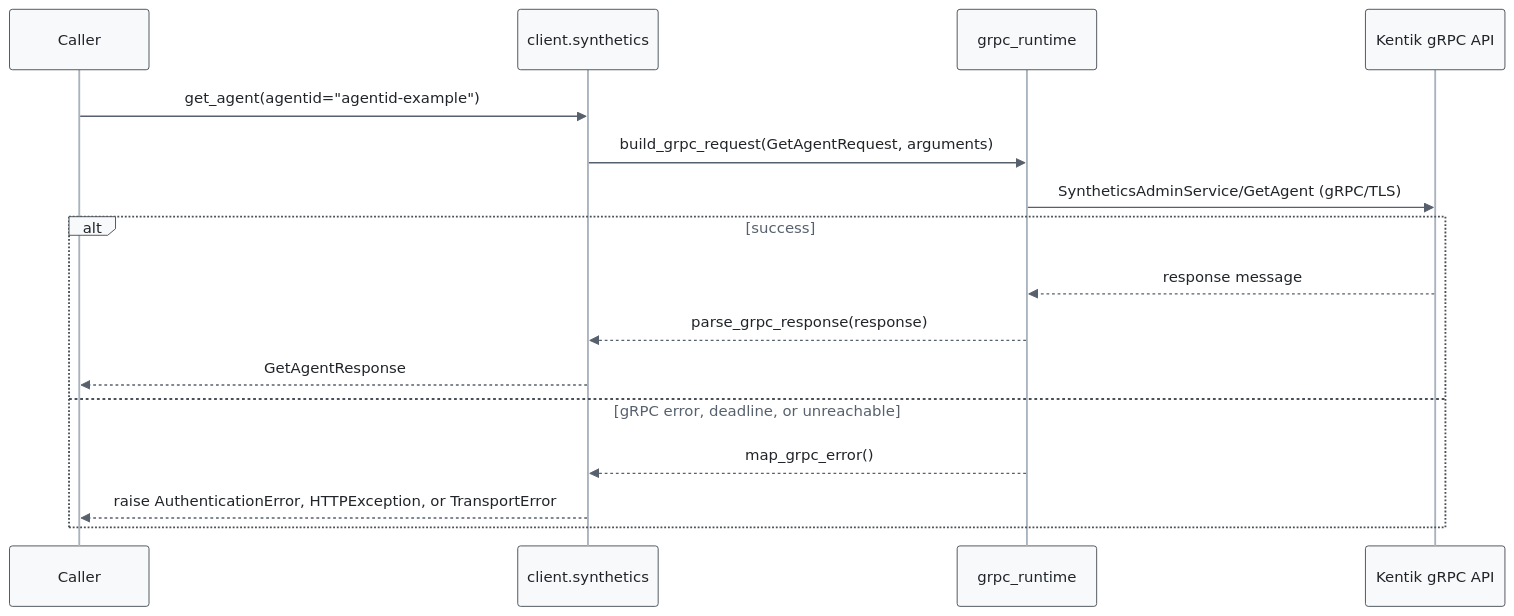
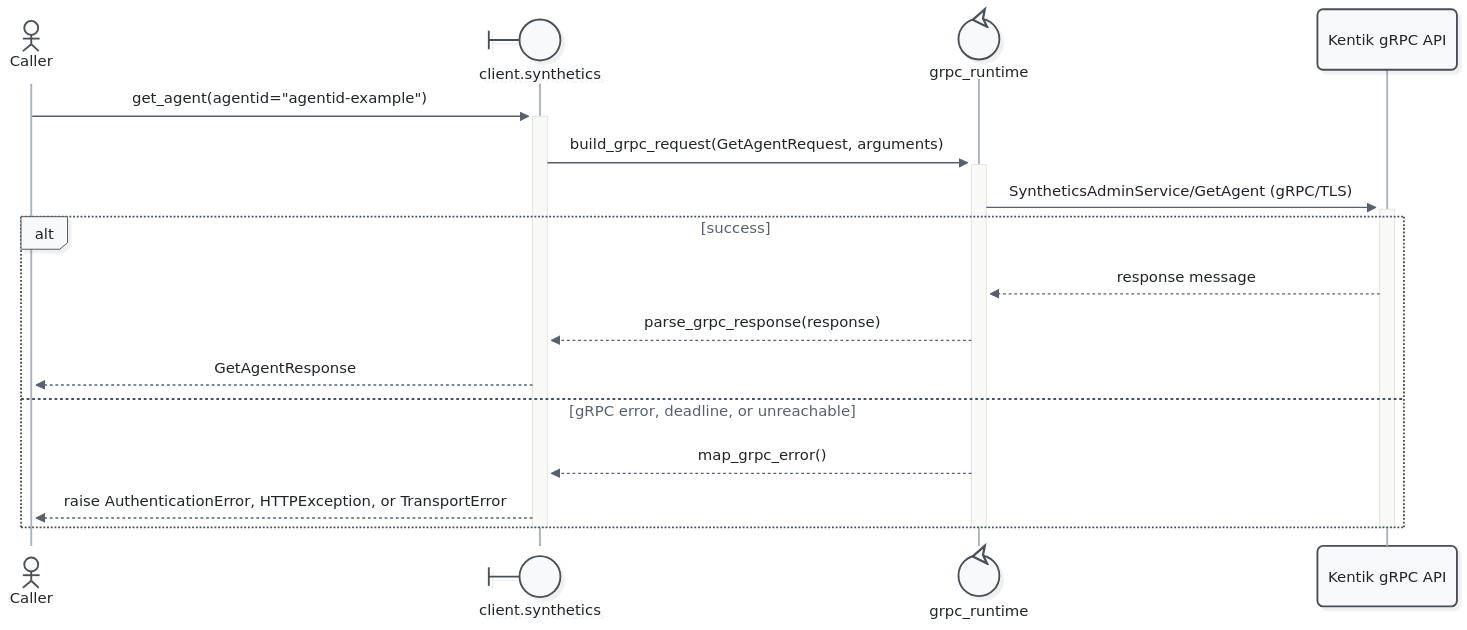
One commit to alexdearaujo/community_sdk_python changed diagram 14 of 37 in docs/sphinx/services/synthetics.md. Above: the diagram before and after it, drawn with Mermaid. The commit also changed other lines of this file and 52 other files, not shown here.

First line of the commit message:
docs: Mermaid 12 sequence diagrams with participant types and path colors

````diff
--- a/docs/sphinx/services/synthetics.md
+++ b/docs/sphinx/services/synthetics.md
@@ -519,20 +551,23 @@
 ```mermaid
-%%{init: {"theme": "base", "fontFamily": "ui-monospace, SFMono-Regular, Menlo, monospace", "themeVariables": {"fontFamily": "ui-monospace, SFMono-Regular, Menlo, monospace", "primaryColor": "#f8f9fa", "primaryBorderColor": "#495057", "primaryTextColor": "#212529", "textColor": "#212529", "lineColor": "#77818c", "edgeLabelBackground": "#ffffff", "actorBkg": "#f8f9fa", "actorBorder": "#495057", "actorTextColor": "#212529", "actorLineColor": "#a9b3be", "signalColor": "#57616d", "signalTextColor": "#212529", "labelBoxBkgColor": "#f8f9fa", "labelBoxBorderColor": "#495057", "labelTextColor": "#212529", "loopTextColor": "#57616d", "noteBkgColor": "#fff9db", "noteBorderColor": "#f08c00", "noteTextColor": "#a35a00"}, "flowchart": {"curve": "step", "nodeSpacing": 30, "rankSpacing": 70, "wrappingWidth": 400}}}%%
+%%{init: {"theme": "redux", "look": "neo", "layout": "dagre", "fontFamily": "ui-monospace, SFMono-Regular, Menlo, monospace", "themeVariables": {"fontFamily": "ui-monospace, SFMono-Regular, Menlo, monospace", "primaryColor": "#f8f9fa", "primaryBorderColor": "#495057", "primaryTextColor": "#212529", "textColor": "#212529", "lineColor": "#77818c", "edgeLabelBackground": "#ffffff", "actorBkg": "#f8f9fa", "actorBorder": "#495057", "actorTextColor": "#212529", "actorLineColor": "#a9b3be", "signalColor": "#57616d", "signalTextColor": "#212529", "labelBoxBkgColor": "#f8f9fa", "labelBoxBorderColor": "#495057", "labelTextColor": "#212529", "loopTextColor": "#57616d", "noteBkgColor": "#fff9db", "noteBorderColor": "#f08c00", "noteTextColor": "#a35a00"}, "sequence": {"activationWidth": 16}, "flowchart": {"curve": "step", "nodeSpacing": 30, "rankSpacing": 70, "wrappingWidth": 400}}}%%
 sequenceDiagram
-    participant C as Caller
-    participant W as client.synthetics
-    participant R as grpc_runtime
+    actor C as Caller
+    participant W@{ "type": "boundary" } as client.synthetics
+    participant R@{ "type": "control" } as grpc_runtime
     participant API as Kentik gRPC API
 
-    C->>W: get_agent(agentid="agentid-example")
-    W->>R: build_grpc_request(GetAgentRequest, arguments)
-    R->>API: SyntheticsAdminService/GetAgent (gRPC/TLS)
+    C->>+W: get_agent(agentid="agentid-example")
+    W->>+R: build_grpc_request(GetAgentRequest, arguments)
+    R->>+API: SyntheticsAdminService/GetAgent (gRPC/TLS)
     alt success
         API-->>R: response message
         R-->>W: parse_grpc_response(response)
         W-->>C: GetAgentResponse
     else gRPC error, deadline, or unreachable
         R-->>W: map_grpc_error()
         W-->>C: raise AuthenticationError, HTTPException, or TransportError
     end
+    deactivate API
+    deactivate R
+    deactivate W
 ```
````
